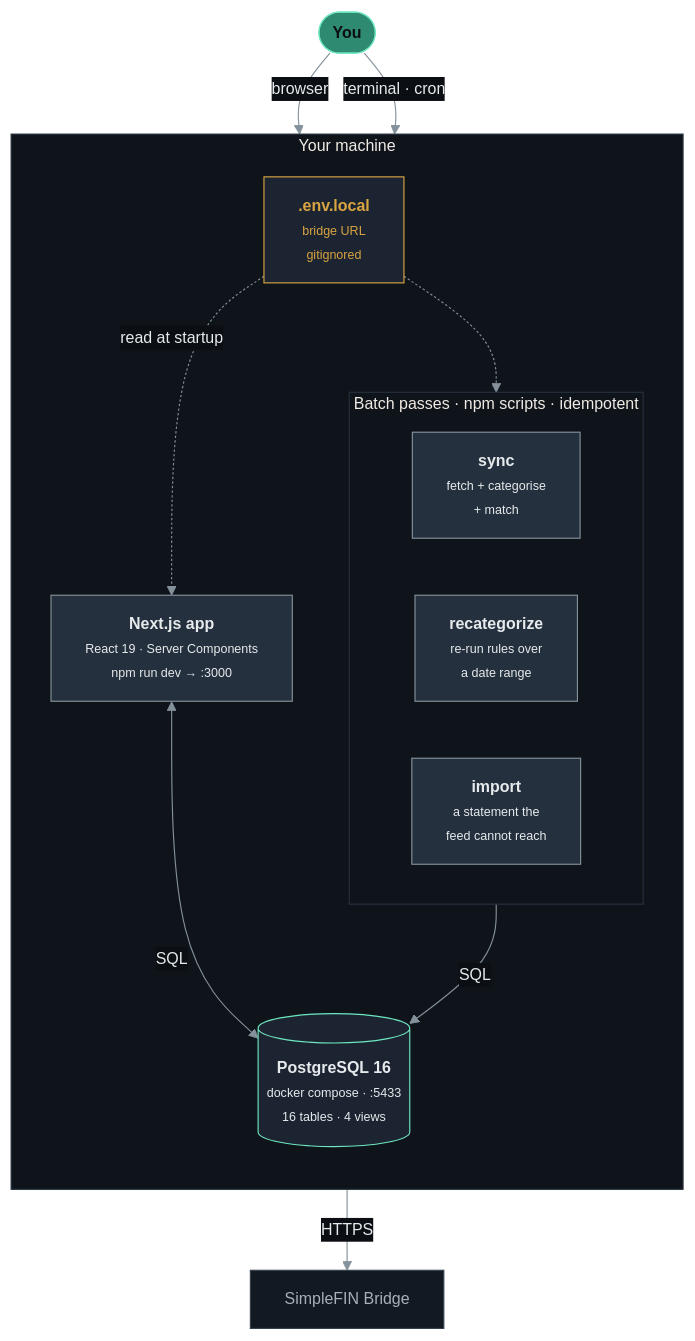
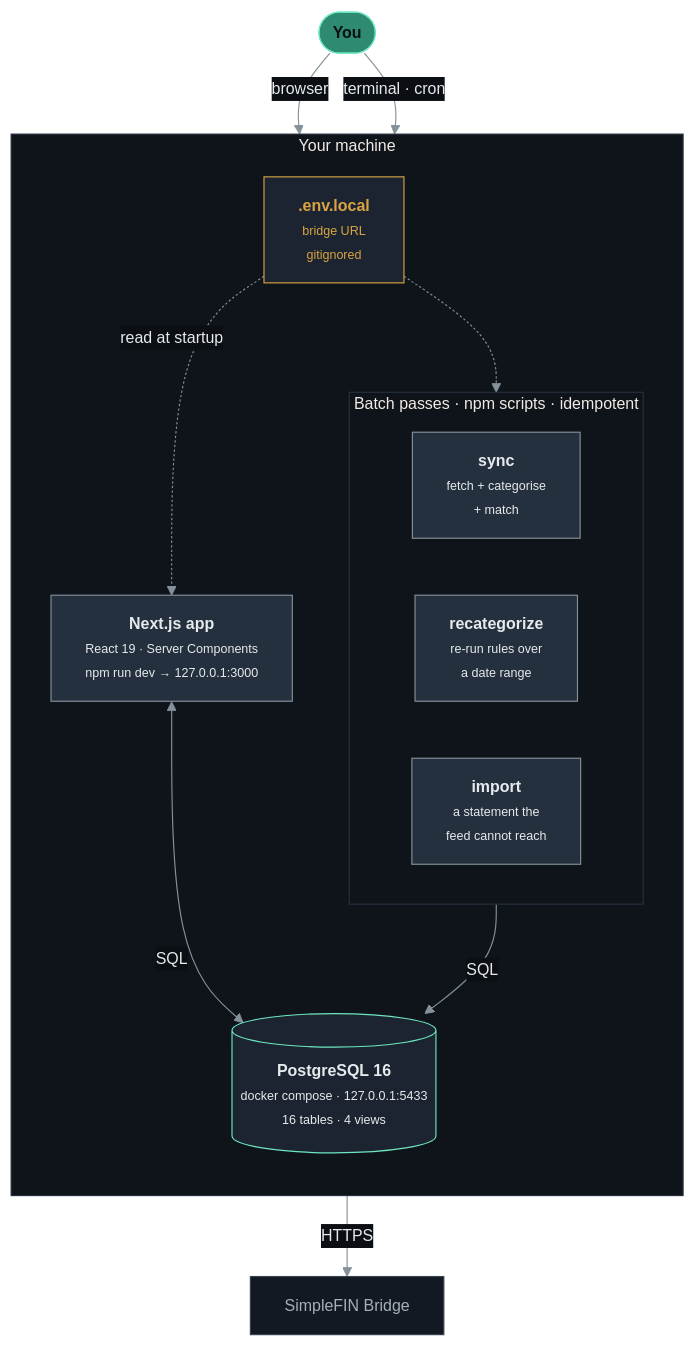
Before and after one commit to aryamanram/personal-finance-manager: the diagram in docs/architecture/containers.md, drawn with Mermaid. The commit also changed other lines of this file and 8 other files, not shown here.

````diff
--- a/docs/architecture/containers.md
+++ b/docs/architecture/containers.md
@@ -7,50 +7,50 @@
 ```mermaid
 %%{init: {'theme':'base','themeVariables':{
   'background':'transparent',
   'primaryColor':'#1b2430','primaryTextColor':'#e6eaec','primaryBorderColor':'#34424f',
   'lineColor':'#84919a','secondaryColor':'#131922','tertiaryColor':'#0f141b',
   'clusterBkg':'#0f141b','clusterBorder':'#25303e',
   'edgeLabelBackground':'#0b0f14','fontSize':'14px'
 }}}%%
 flowchart TB
     owner(["<b>You</b>"])
 
     subgraph machine["Your machine"]
         direction TB
 
-        web["<b>Next.js app</b><br/><span style='font-size:11px'>React 19 · Server Components<br/>npm run dev → :3000</span>"]
+        web["<b>Next.js app</b><br/><span style='font-size:11px'>React 19 · Server Components<br/>npm run dev → 127.0.0.1:3000</span>"]
 
         subgraph passes["Batch passes · npm scripts · idempotent"]
             direction LR
             sync["<b>sync</b><br/><span style='font-size:11px'>fetch + categorise<br/>+ match</span>"]
             recat["<b>recategorize</b><br/><span style='font-size:11px'>re-run rules over<br/>a date range</span>"]
             importcsv["<b>import</b><br/><span style='font-size:11px'>a statement the<br/>feed cannot reach</span>"]
         end
 
-        db[("<b>PostgreSQL 16</b><br/><span style='font-size:11px'>docker compose · :5433<br/>16 tables · 4 views</span>")]
+        db[("<b>PostgreSQL 16</b><br/><span style='font-size:11px'>docker compose · 127.0.0.1:5433<br/>16 tables · 4 views</span>")]
         envfile["<b>.env.local</b><br/><span style='font-size:11px'>bridge URL<br/>gitignored</span>"]
     end
 
     bridge["SimpleFIN Bridge"]
 
     owner -->|"browser"| web
     owner -->|"terminal · cron"| passes
 
     web <-->|"SQL"| db
     passes -->|"SQL"| db
     sync -->|"HTTPS"| bridge
 
     envfile -.->|"read at startup"| web
     envfile -.-> passes
 
     classDef person fill:#2f8a72,stroke:#6ee7c0,color:#0b0f14
     classDef app fill:#25303e,stroke:#84919a,color:#e6eaec
     classDef store fill:#1b2430,stroke:#6ee7c0,color:#e6eaec
     classDef ext fill:#131922,stroke:#34424f,color:#a5b0b7
     classDef secret fill:#1b2430,stroke:#d9a441,color:#d9a441
     class owner person
     class web,sync,recat,importcsv app
     class db store
     class bridge ext
     class envfile secret
 ```
````
